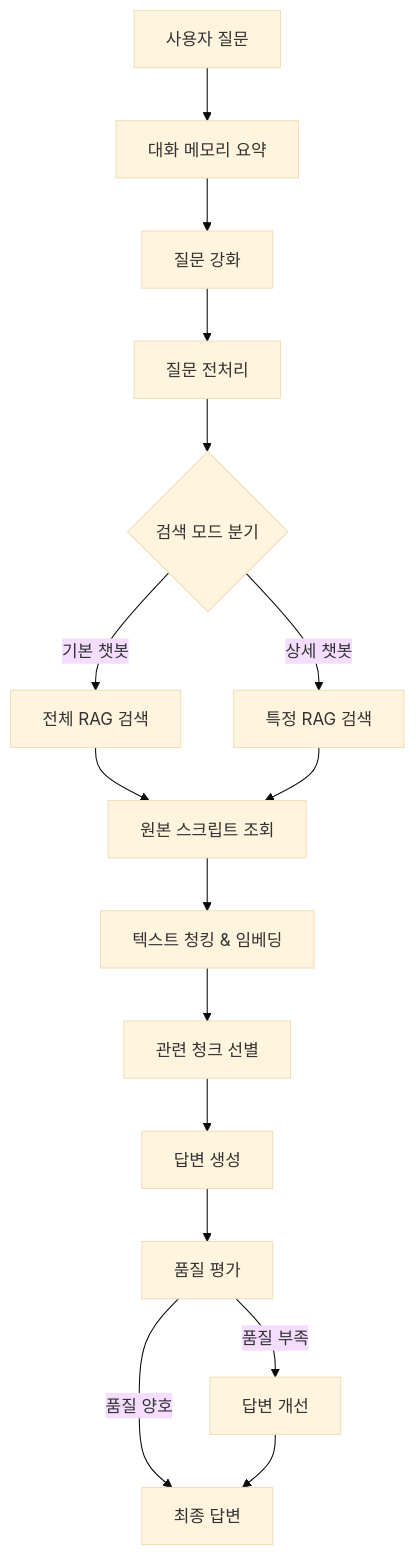
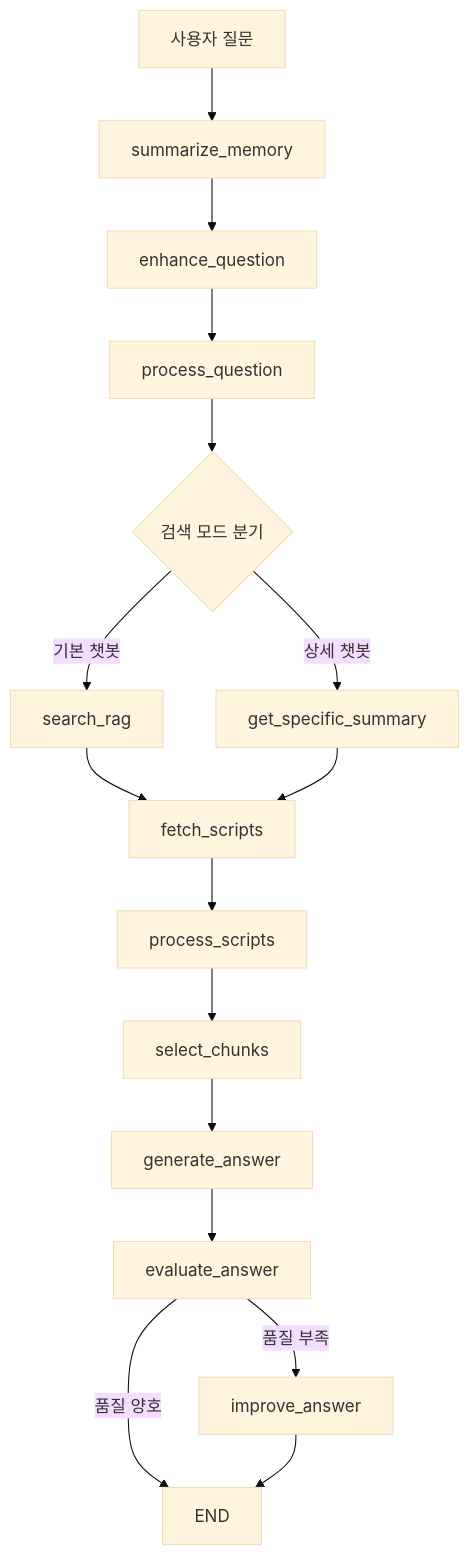
One commit to youngK-T/KT_KT_chat_bot changed the third of 3 diagrams in README.md. Above: the diagram before and after it, drawn with Mermaid (base theme). The commit also changed other lines of this file, not shown here.

````diff
--- a/README.md
+++ b/README.md
@@ -301,22 +306,22 @@
 ```mermaid
 graph TD
-    A[사용자 질문] --> B[대화 메모리 요약]
-    B --> C[질문 강화]
-    C --> D[질문 전처리]
+    A[사용자 질문] --> B[summarize_memory]
+    B --> C[enhance_question]
+    C --> D[process_question]
     D --> E{검색 모드 분기}
     
-    E -->|기본 챗봇| F[전체 RAG 검색]
-    E -->|상세 챗봇| G[특정 RAG 검색]
+    E -->|기본 챗봇| F[search_rag]
+    E -->|상세 챗봇| G[get_specific_summary]
     
-    F --> H[원본 스크립트 조회]
+    F --> H[fetch_scripts]
     G --> H
     
-    H --> I[텍스트 청킹 & 임베딩]
-    I --> J[관련 청크 선별]
-    J --> K[답변 생성]
-    K --> L[품질 평가]
+    H --> I[process_scripts]
+    I --> J[select_chunks]
+    J --> K[generate_answer]
+    K --> L[evaluate_answer]
     
-    L -->|품질 부족| M[답변 개선]
-    L -->|품질 양호| N[최종 답변]
+    L -->|품질 부족| M[improve_answer]
+    L -->|품질 양호| N[END]
     M --> N
 ```
````
